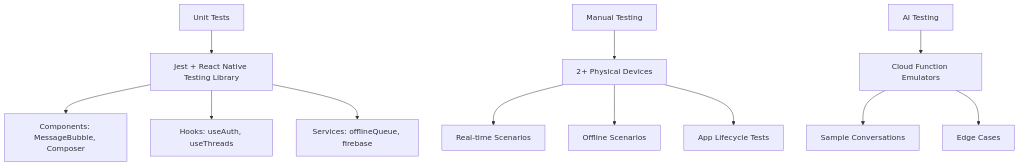
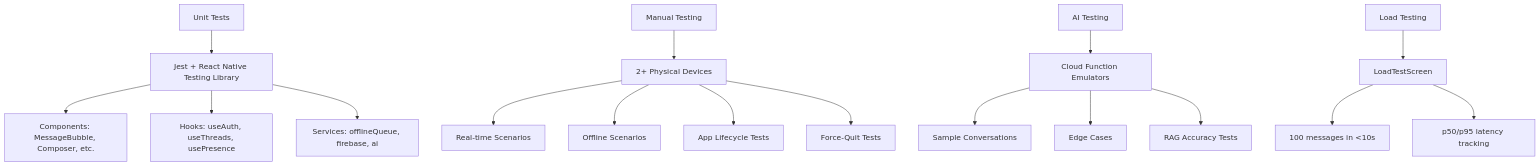
One commit to mdayku/wazzap changed the sixth of 6 diagrams in ARCHITECTURE.md. Above: the diagram before and after it, drawn with Mermaid. The commit also changed other lines of this file and 5 other files, not shown here.

First line of the commit message:
docs: merge architecture docs and add Seinfeld Mode concept

````diff
--- a/ARCHITECTURE.md
+++ b/ARCHITECTURE.md
@@ -598,16 +727,22 @@
 ```mermaid
 flowchart TD
     A[Unit Tests] --> B[Jest + React Native Testing Library]
-    B --> C[Components: MessageBubble, Composer]
-    B --> D[Hooks: useAuth, useThreads]
-    B --> E[Services: offlineQueue, firebase]
+    B --> C[Components: MessageBubble, Composer, etc.]
+    B --> D[Hooks: useAuth, useThreads, usePresence]
+    B --> E[Services: offlineQueue, firebase, ai]
     
     F[Manual Testing] --> G[2+ Physical Devices]
     G --> H[Real-time Scenarios]
     G --> I[Offline Scenarios]
     G --> J[App Lifecycle Tests]
+    G --> K[Force-Quit Tests]
     
-    K[AI Testing] --> L[Cloud Function Emulators]
-    L --> M[Sample Conversations]
-    L --> N[Edge Cases]
+    L[AI Testing] --> M[Cloud Function Emulators]
+    M --> N[Sample Conversations]
+    M --> O[Edge Cases]
+    M --> P[RAG Accuracy Tests]
+    
+    Q[Load Testing] --> R[LoadTestScreen]
+    R --> S[100 messages in <10s]
+    R --> T[p50/p95 latency tracking]
 ```
````
